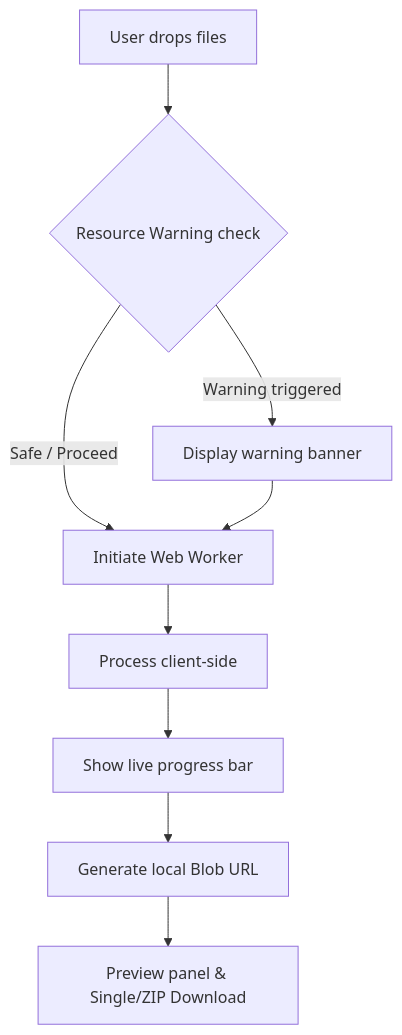
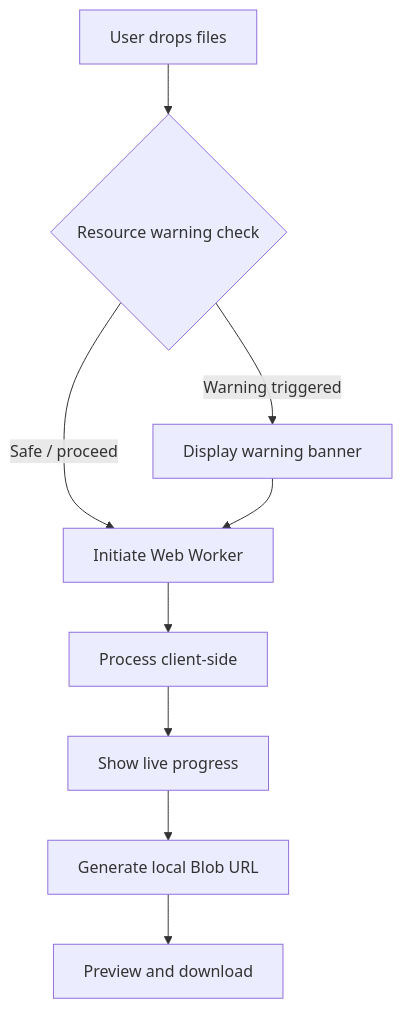
One commit to feildrixliemdra/konbato changed the diagram in docs/PRD.md. Above: the diagram before and after it, drawn with Mermaid. The commit also changed other lines of this file and 27 other files, not shown here.

````diff
--- a/docs/PRD.md
+++ b/docs/PRD.md
@@ -36,11 +42,11 @@
 ```mermaid
 graph TD
-    A[User drops files] --> B{Resource Warning check}
-    B -- Warning triggered --> C[Display warning banner]
-    B -- Safe / Proceed --> D[Initiate Web Worker]
+    A["User drops files"] --> B{"Resource warning check"}
+    B -- "Warning triggered" --> C["Display warning banner"]
+    B -- "Safe / proceed" --> D["Initiate Web Worker"]
     C --> D
-    D --> E[Process client-side]
-    E --> F[Show live progress bar]
-    F --> G[Generate local Blob URL]
-    G --> H[Preview panel & Single/ZIP Download]
+    D --> E["Process client-side"]
+    E --> F["Show live progress"]
+    F --> G["Generate local Blob URL"]
+    G --> H["Preview and download"]
 ```
````
